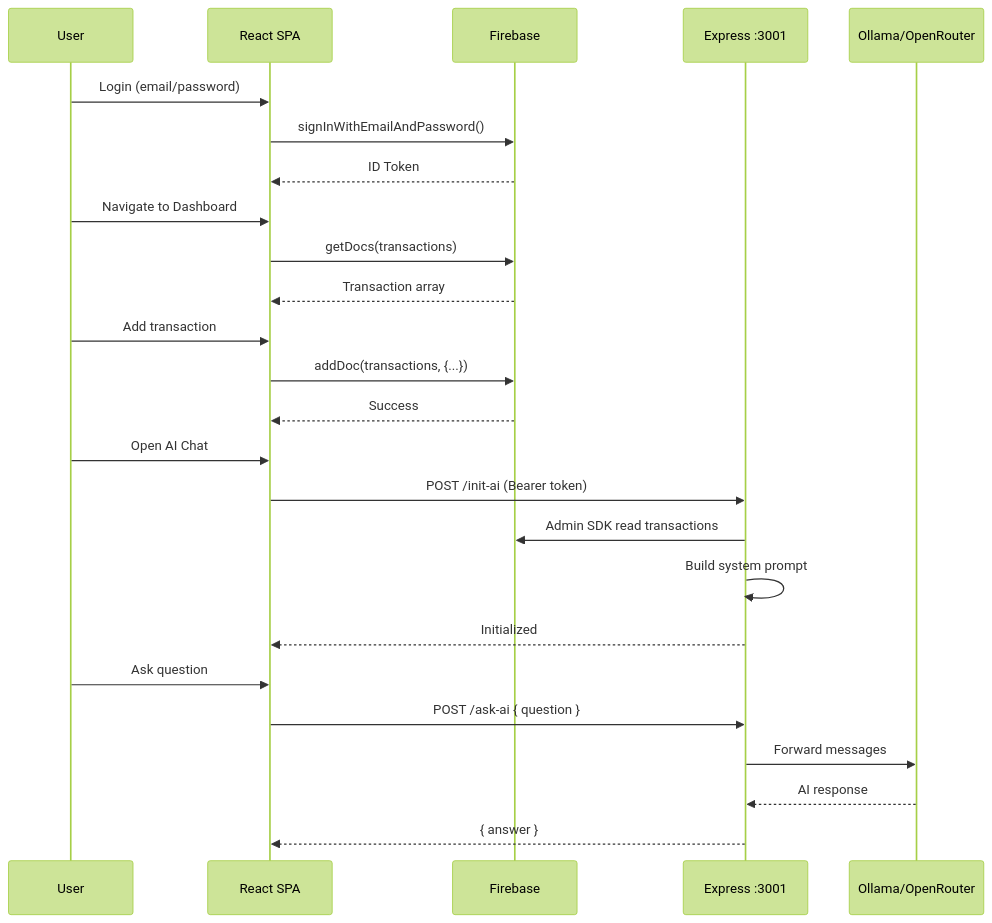
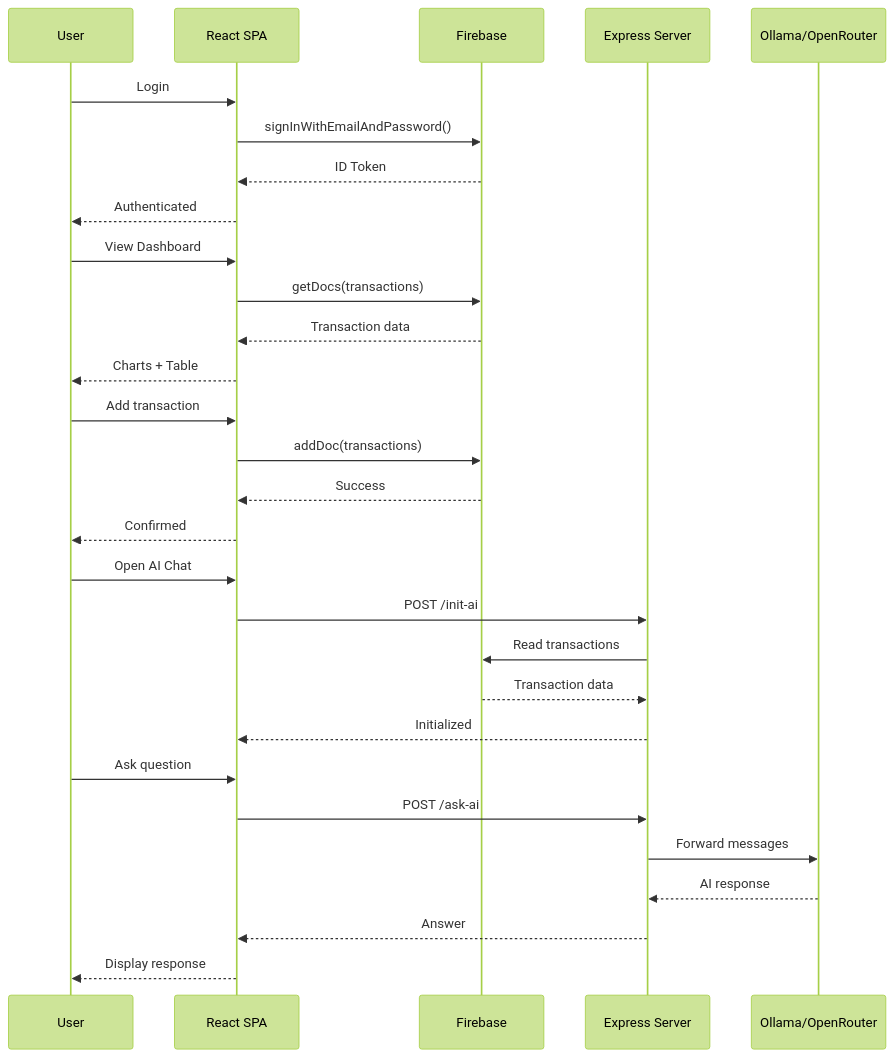
The second of 5 diagrams in README.md (DaffaFIP/FInDash-Pribadi), drawn with Mermaid (forest theme) before and after one commit. The commit also changed other lines of this file, not shown here.

````diff
--- a/README.md
+++ b/README.md
@@ -155,32 +153,36 @@
 ```mermaid
 sequenceDiagram
-    participant User
-    participant Browser as React SPA
-    participant Firebase
-    participant Server as Express :3001
-    participant AI as Ollama/OpenRouter
+    participant U as User
+    participant B as React SPA
+    participant F as Firebase
+    participant S as Express Server
+    participant A as Ollama/OpenRouter
 
-    User->>Browser: Login (email/password)
-    Browser->>Firebase: signInWithEmailAndPassword()
-    Firebase-->>Browser: ID Token
+    U->>B: Login
+    B->>F: signInWithEmailAndPassword()
+    F-->>B: ID Token
+    B-->>U: Authenticated
 
-    User->>Browser: Navigate to Dashboard
-    Browser->>Firebase: getDocs(transactions)
-    Firebase-->>Browser: Transaction array
+    U->>B: View Dashboard
+    B->>F: getDocs(transactions)
+    F-->>B: Transaction data
+    B-->>U: Charts + Table
 
-    User->>Browser: Add transaction
-    Browser->>Firebase: addDoc(transactions, {...})
-    Firebase-->>Browser: Success
+    U->>B: Add transaction
+    B->>F: addDoc(transactions)
+    F-->>B: Success
+    B-->>U: Confirmed
 
-    User->>Browser: Open AI Chat
-    Browser->>Server: POST /init-ai (Bearer token)
-    Server->>Firebase: Admin SDK read transactions
-    Server->>Server: Build system prompt
-    Server-->>Browser: Initialized
+    U->>B: Open AI Chat
+    B->>S: POST /init-ai
+    S->>F: Read transactions
+    F-->>S: Transaction data
+    S-->>B: Initialized
 
-    User->>Browser: Ask question
-    Browser->>Server: POST /ask-ai { question }
-    Server->>AI: Forward messages
-    AI-->>Server: AI response
-    Server-->>Browser: { answer }
+    U->>B: Ask question
+    B->>S: POST /ask-ai
+    S->>A: Forward messages
+    A-->>S: AI response
+    S-->>B: Answer
+    B-->>U: Display response
 ```
````
